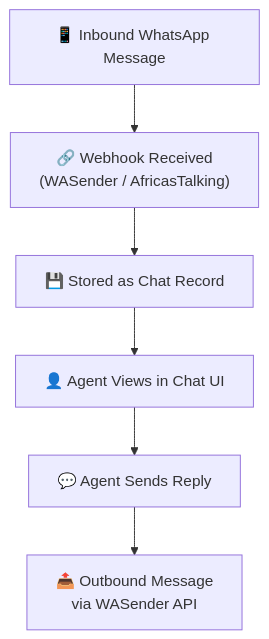
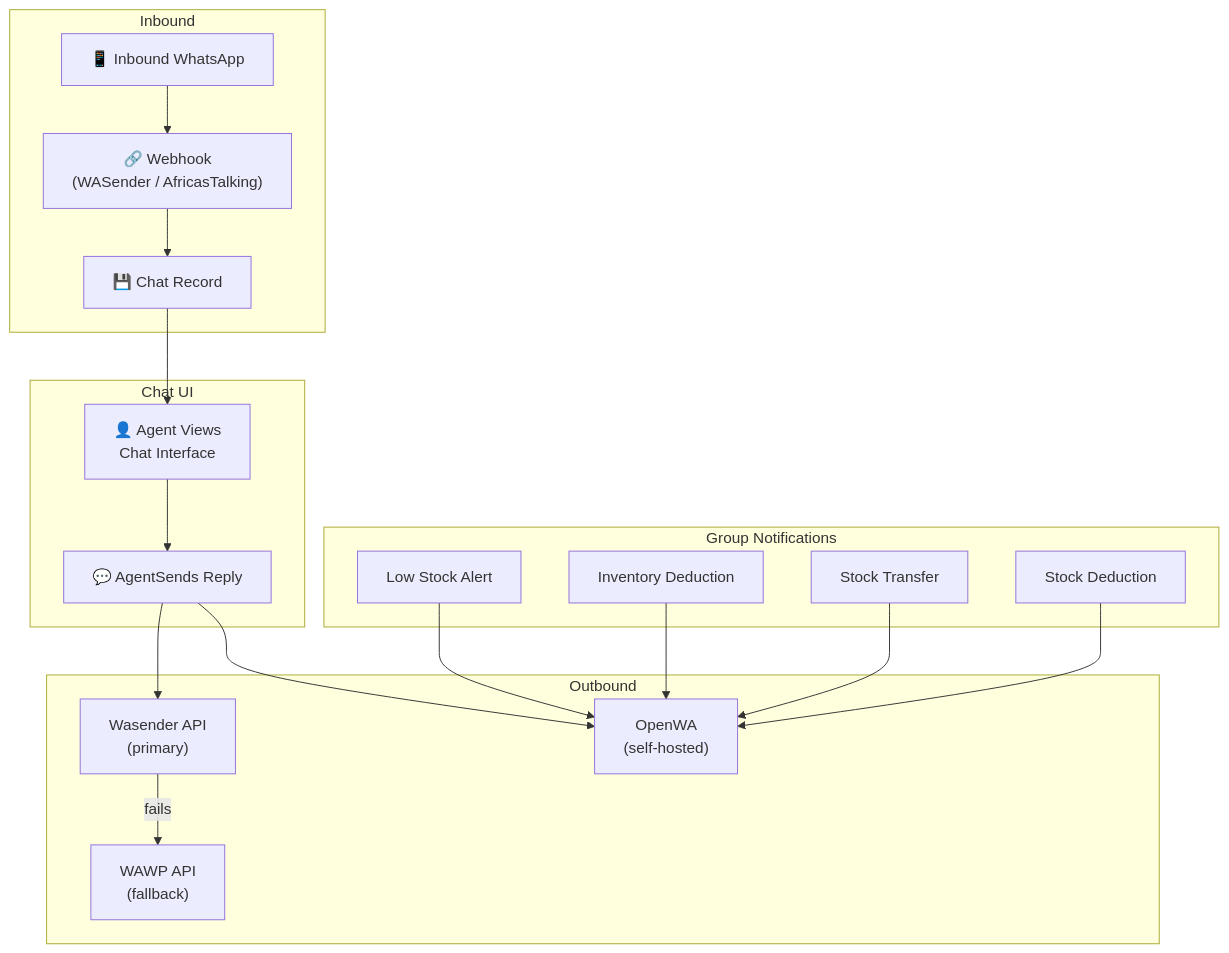
One commit to mmaikol-dev/rdl-courier-v7 changed the eighth of 14 diagrams in README.md. Above: the diagram before and after it, drawn with Mermaid. The commit also changed other lines of this file and 5 other files, not shown here.

````diff
--- a/README.md
+++ b/README.md
@@ -185,11 +262,36 @@
 ```mermaid
 flowchart TD
-    Inbound["📱 Inbound WhatsApp Message"]
-    Webhook["🔗 Webhook Received\n(WASender / AfricasTalking)"]
-    Store["💾 Stored as Chat Record"]
-    Agent["👤 Agent Views in Chat UI"]
-    Reply["💬 Agent Sends Reply"]
-    Outbound["📤 Outbound Message\nvia WASender API"]
+    subgraph Inbound
+        W_In["📱 Inbound WhatsApp"]
+        Webhook["🔗 Webhook\n(WASender / AfricasTalking)"]
+        Store["💾 Chat Record"]
+    end
 
-    Inbound --> Webhook --> Store --> Agent --> Reply --> Outbound
+    subgraph Chat UI
+        Agent["👤 Agent Views\nChat Interface"]
+        Reply["💬 AgentSends Reply"]
+    end
+
+    subgraph Outbound
+        WS["Wasender API\n(primary)"]
+        WAWP["WAWP API\n(fallback)"]
+        OWA["OpenWA\n(self-hosted)"]
+    end
+
+    subgraph Group Notifications
+        LSA["Low Stock Alert"]
+        IDN["Inventory Deduction"]
+        STN["Stock Transfer"]
+        SDN["Stock Deduction"]
+    end
+
+    W_In --> Webhook --> Store --> Agent --> Reply
+
+    Reply --> WS -->|"fails"| WAWP
+    Reply --> OWA
+
+    LSA --> OWA
+    IDN --> OWA
+    STN --> OWA
+    SDN --> OWA
 ```
````
